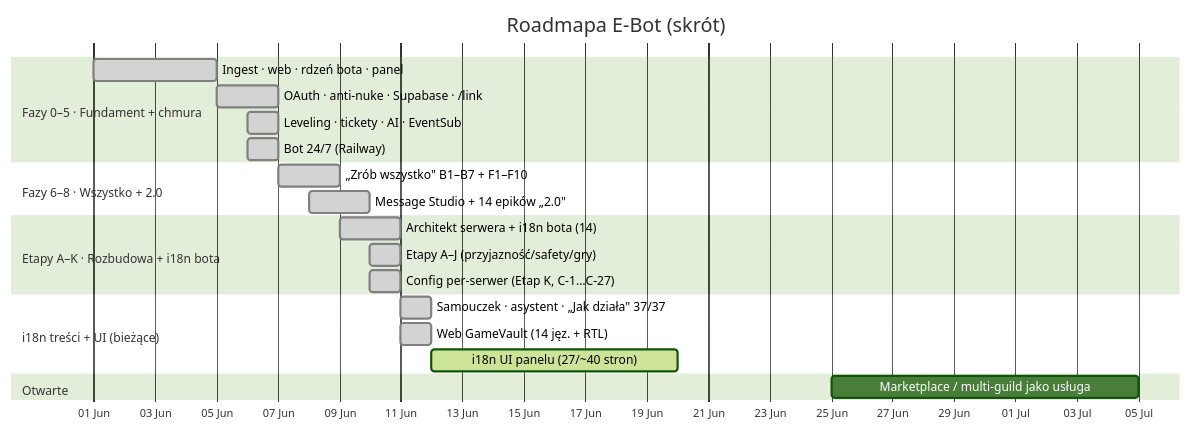
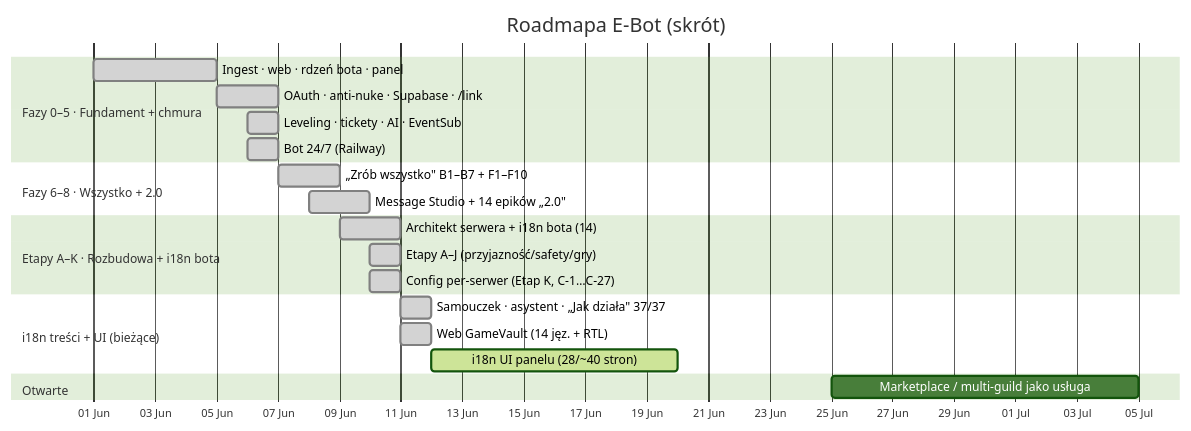
One commit to Gh0s777tt/E-Bot changed the first of 2 diagrams in docs/ROADMAP.md. Above: the diagram before and after it, drawn with Mermaid (forest theme). The commit also changed other lines of this file and 8 other files, not shown here.

````diff
--- a/docs/ROADMAP.md
+++ b/docs/ROADMAP.md
@@ -23,24 +23,24 @@
 ```mermaid
 gantt
   title Roadmapa E-Bot (skrót)
   dateFormat YYYY-MM-DD
   axisFormat %d %b
   section Fazy 0–5 · Fundament + chmura
   Ingest · web · rdzeń bota · panel    :done, f0, 2026-06-01, 4d
   OAuth · anti-nuke · Supabase · /link :done, f1, 2026-06-05, 2d
   Leveling · tickety · AI · EventSub   :done, f4, 2026-06-06, 1d
   Bot 24/7 (Railway)                   :done, f5, 2026-06-06, 1d
   section Fazy 6–8 · Wszystko + 2.0
   „Zrób wszystko" B1–B7 + F1–F10       :done, f7, 2026-06-07, 2d
   Message Studio + 14 epików „2.0"     :done, f8, 2026-06-08, 2d
   section Etapy A–K · Rozbudowa + i18n bota
   Architekt serwera + i18n bota (14)   :done, ek1, 2026-06-09, 2d
   Etapy A–J (przyjazność/safety/gry)   :done, ek2, 2026-06-10, 1d
   Config per-serwer (Etap K, C-1…C-27) :done, ek3, 2026-06-10, 1d
   section i18n treści + UI (bieżące)
   Samouczek · asystent · „Jak działa" 37/37 :done, i1, 2026-06-11, 1d
   Web GameVault (14 jęz. + RTL)        :done, i2, 2026-06-11, 1d
-  i18n UI panelu (27/~40 stron)        :active, i3, 2026-06-12, 8d
+  i18n UI panelu (28/~40 stron)        :active, i3, 2026-06-12, 8d
   section Otwarte
   Marketplace / multi-guild jako usługa :        mk, 2026-06-25, 10d
 ```
````
